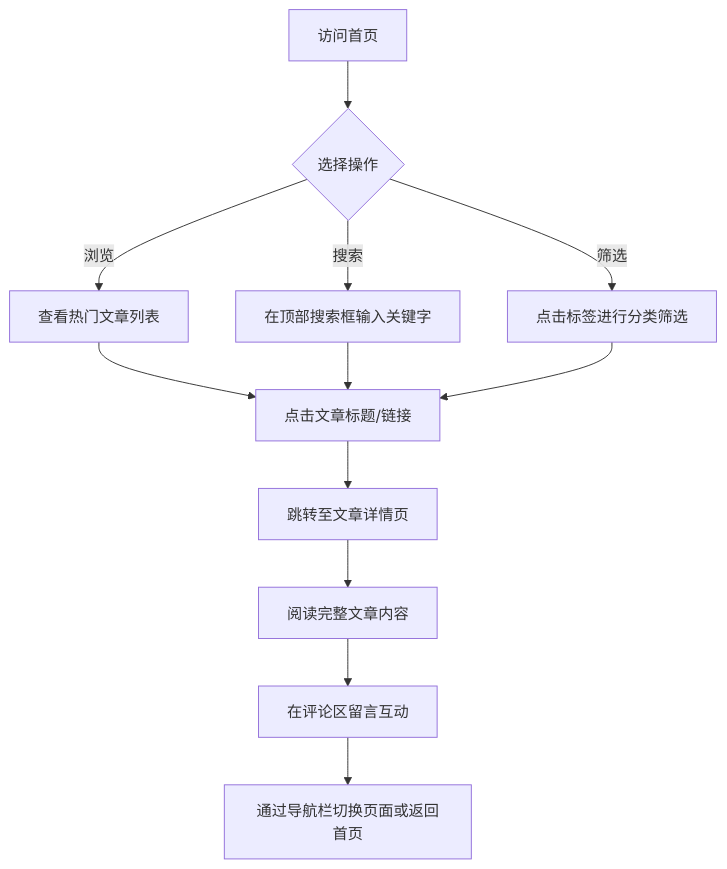
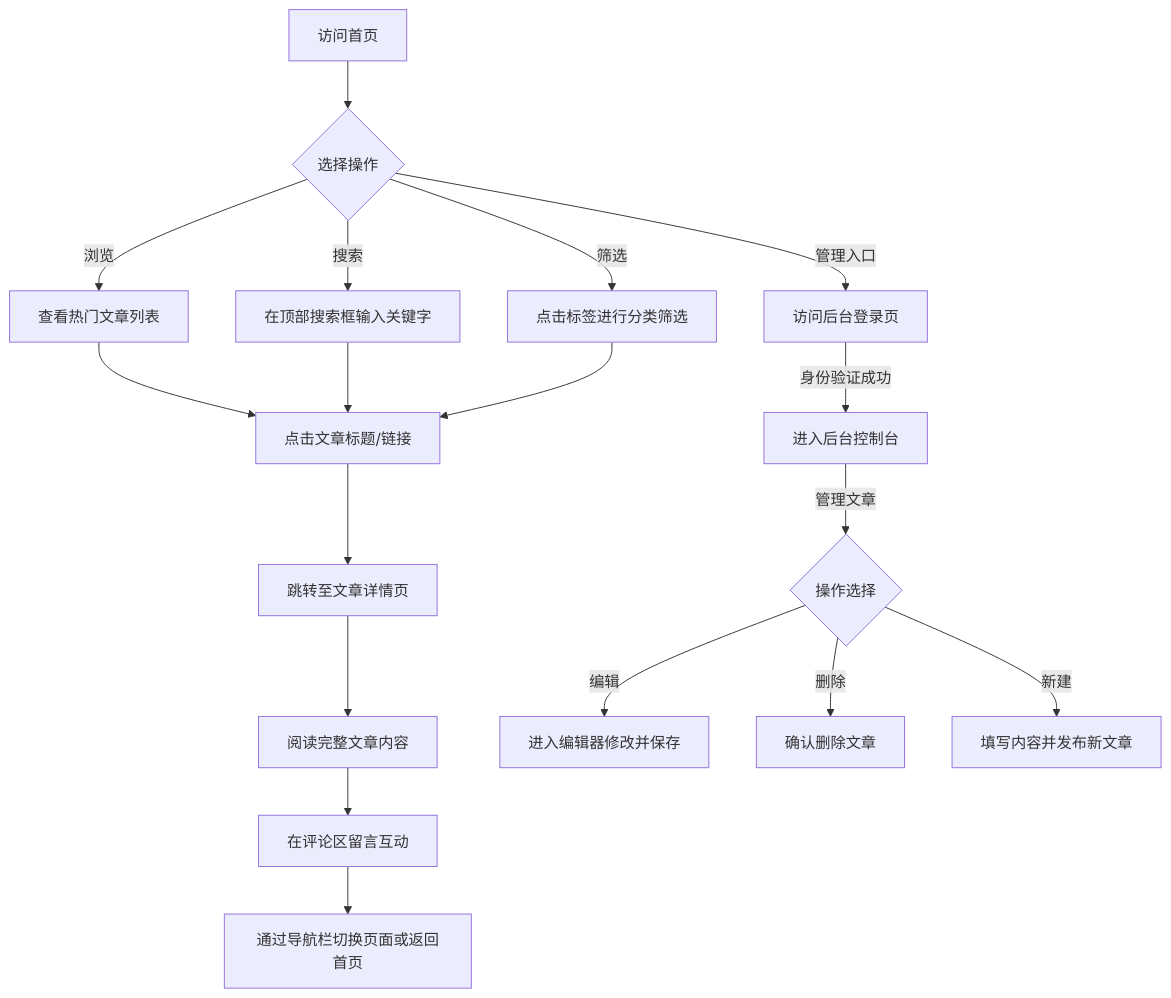
The diagram in .trae/documents/prd.md (Yxl20240310/blog), drawn with Mermaid before and after one commit. The commit also changed other lines of this file and 8 other files, not shown here.

````diff
--- a/.trae/documents/prd.md
+++ b/.trae/documents/prd.md
@@ -28,14 +34,20 @@
 ```mermaid
 flowchart TD
     A["访问首页"] --> B{"选择操作"}
     B -->|浏览| C["查看热门文章列表"]
     B -->|搜索| D["在顶部搜索框输入关键字"]
     B -->|筛选| E["点击标签进行分类筛选"]
+    B -->|管理入口| K["访问后台登录页"]
     C --> F["点击文章标题/链接"]
     D --> F
     E --> F
     F --> G["跳转至文章详情页"]
     G --> H["阅读完整文章内容"]
     H --> I["在评论区留言互动"]
     I --> J["通过导航栏切换页面或返回首页"]
+    K -->|身份验证成功| L["进入后台控制台"]
+    L -->|管理文章| M{"操作选择"}
+    M -->|编辑| N["进入编辑器修改并保存"]
+    M -->|删除| O["确认删除文章"]
+    M -->|新建| P["填写内容并发布新文章"]
 ```
````
